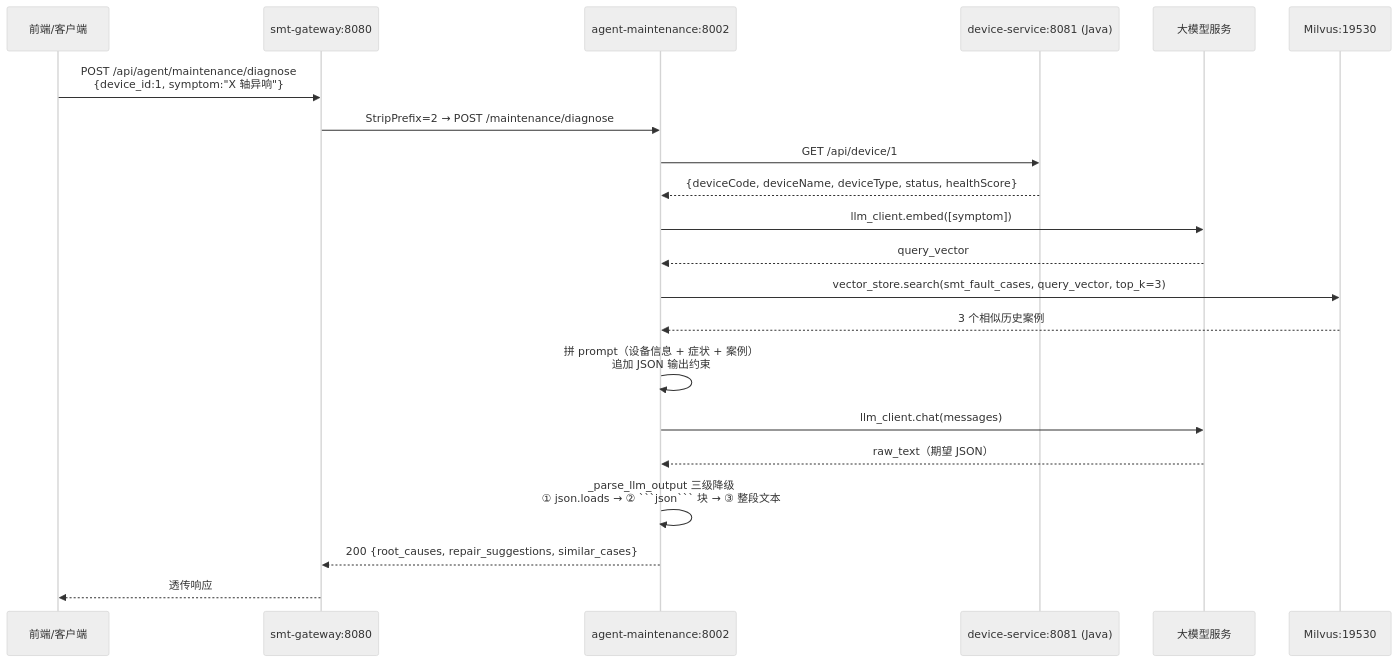
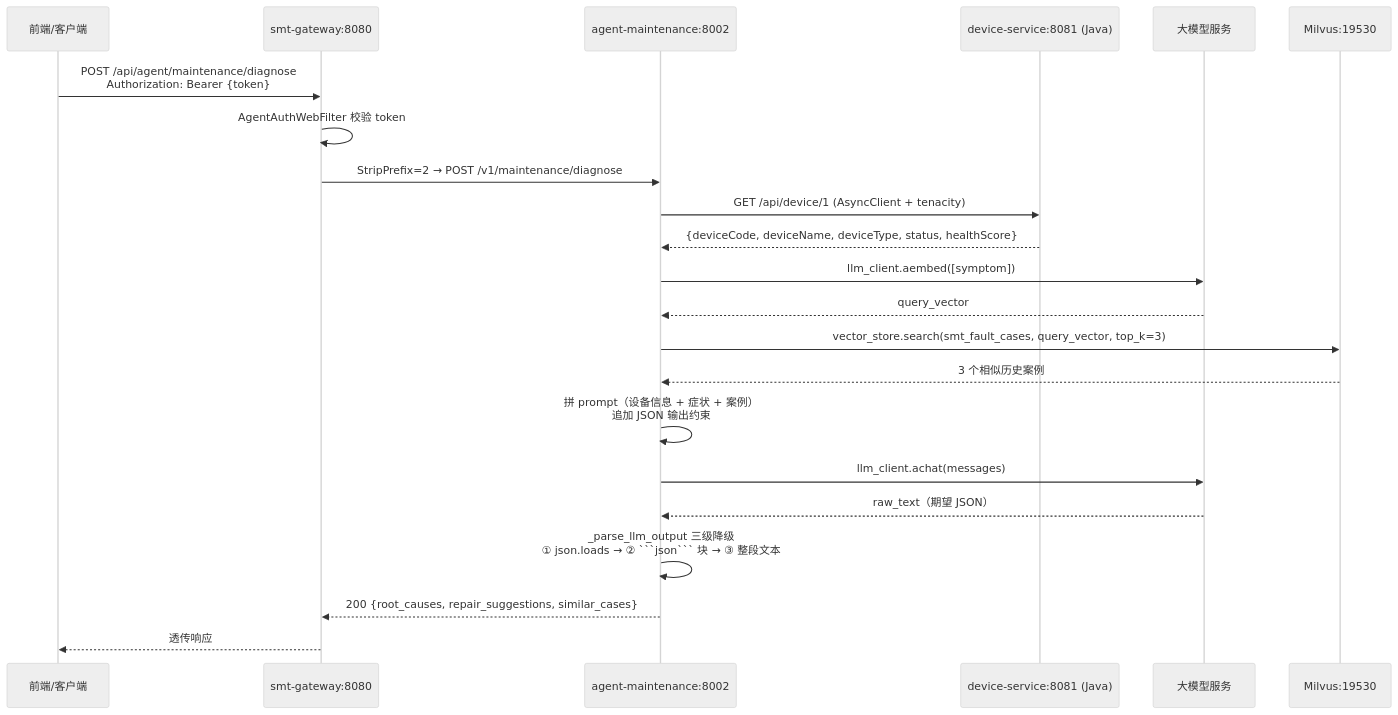
The third of 8 diagrams in docs/explaination/project-explanation-phase2.md (north30-dev/smt-agent-platform), drawn with Mermaid (neutral theme) before and after one commit. The commit also changed other lines of this file and 2 other files, not shown here.

````diff
--- a/docs/explaination/project-explanation-phase2.md
+++ b/docs/explaination/project-explanation-phase2.md
@@ -253,24 +264,25 @@
 ```mermaid
 sequenceDiagram
     participant FE as 前端/客户端
     participant GW as smt-gateway:8080
     participant AM as agent-maintenance:8002
     participant DS as device-service:8081 (Java)
     participant LLM as 大模型服务
     participant Mil as Milvus:19530
 
-    FE->>GW: POST /api/agent/maintenance/diagnose<br/>{device_id:1, symptom:"X 轴异响"}
-    GW->>AM: StripPrefix=2 → POST /maintenance/diagnose
-    AM->>DS: GET /api/device/1
+    FE->>GW: POST /api/agent/maintenance/diagnose<br/>Authorization: Bearer {token}
+    GW->>GW: AgentAuthWebFilter 校验 token
+    GW->>AM: StripPrefix=2 → POST /v1/maintenance/diagnose
+    AM->>DS: GET /api/device/1 (AsyncClient + tenacity)
     DS-->>AM: {deviceCode, deviceName, deviceType, status, healthScore}
-    AM->>LLM: llm_client.embed([symptom])
+    AM->>LLM: llm_client.aembed([symptom])
     LLM-->>AM: query_vector
     AM->>Mil: vector_store.search(smt_fault_cases, query_vector, top_k=3)
     Mil-->>AM: 3 个相似历史案例
     AM->>AM: 拼 prompt（设备信息 + 症状 + 案例）<br/>追加 JSON 输出约束
-    AM->>LLM: llm_client.chat(messages)
+    AM->>LLM: llm_client.achat(messages)
     LLM-->>AM: raw_text（期望 JSON）
     AM->>AM: _parse_llm_output 三级降级<br/>① json.loads → ② ```json``` 块 → ③ 整段文本
     AM-->>GW: 200 {root_causes, repair_suggestions, similar_cases}
     GW-->>FE: 透传响应
 ```
````
